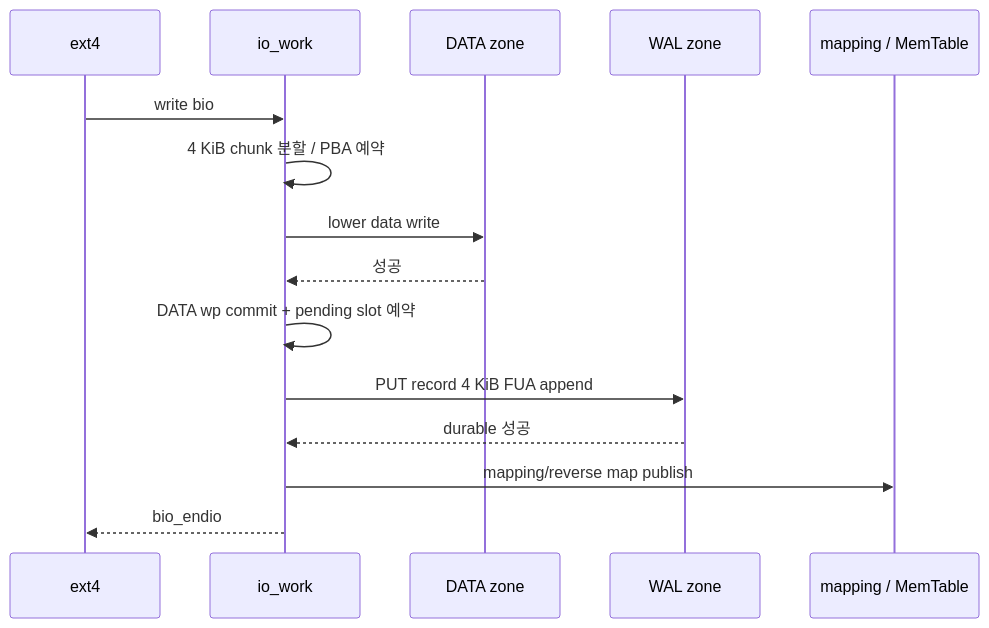
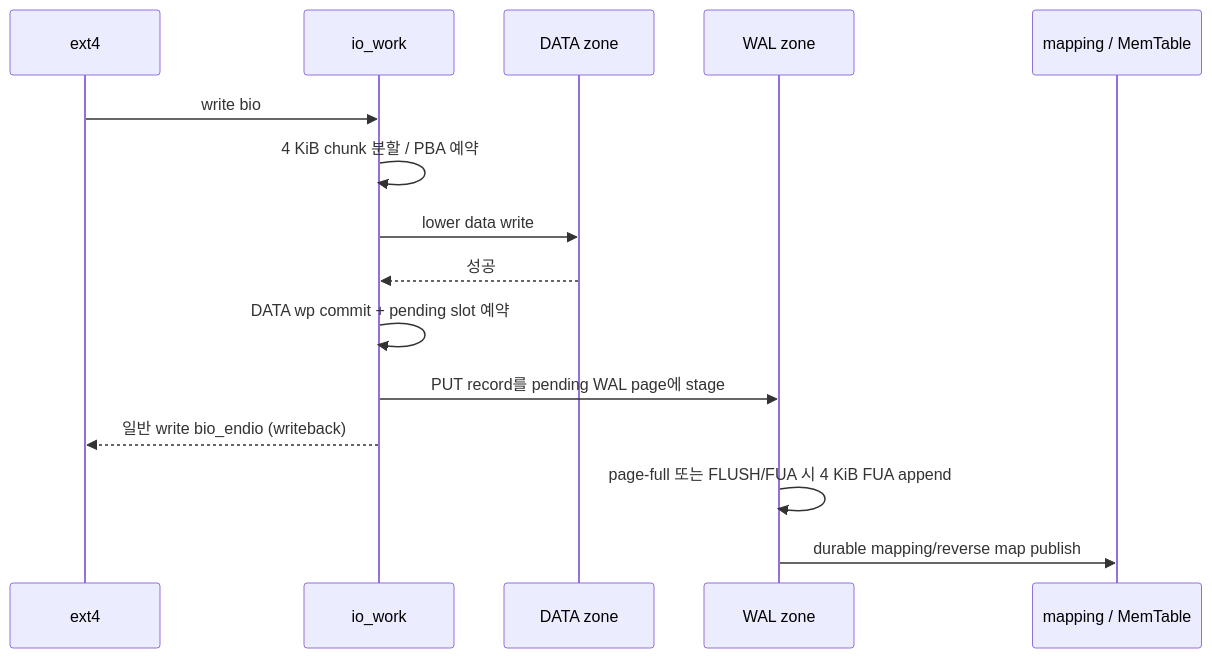
The second of 2 diagrams in README.md (ZnsCapstone/dm-zns-base), drawn with Mermaid before and after one commit. The commit also changed other lines of this file and 1 other file, not shown here.

Commit message:
feat : foreground WAL publish에서 SSTable 조회 제거

````diff
--- a/README.md
+++ b/README.md
@@ -140,18 +140,18 @@
 ```mermaid
 sequenceDiagram
     participant FS as ext4
     participant IO as io_work
     participant DATA as DATA zone
     participant WAL as WAL zone
     participant MAP as mapping / MemTable
 
     FS->>IO: write bio
     IO->>IO: 4 KiB chunk 분할 / PBA 예약
     IO->>DATA: lower data write
     DATA-->>IO: 성공
     IO->>IO: DATA wp commit + pending slot 예약
-    IO->>WAL: PUT record 4 KiB FUA append
-    WAL-->>IO: durable 성공
-    IO->>MAP: mapping/reverse map publish
-    IO-->>FS: bio_endio
+    IO->>WAL: PUT record를 pending WAL page에 stage
+    IO-->>FS: 일반 write bio_endio (writeback)
+    WAL->>WAL: page-full 또는 FLUSH/FUA 시 4 KiB FUA append
+    WAL->>MAP: durable mapping/reverse map publish
 ```
````
